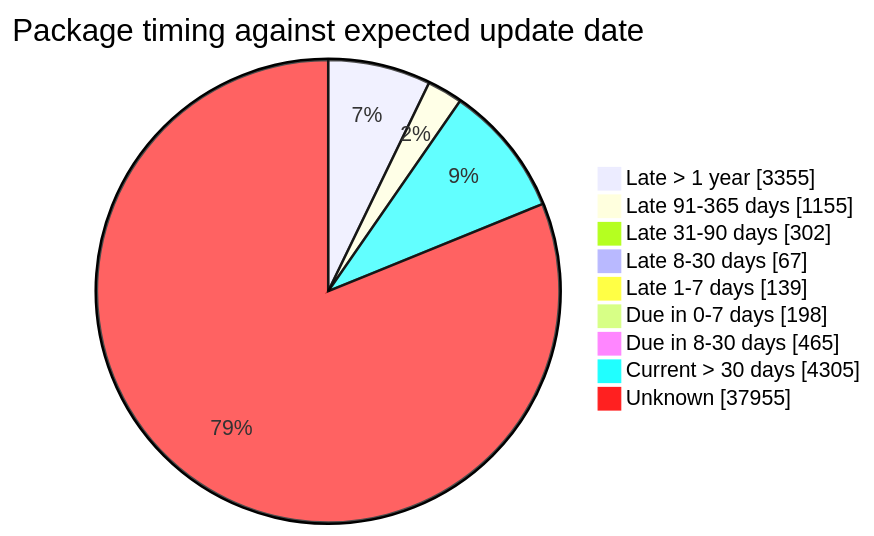
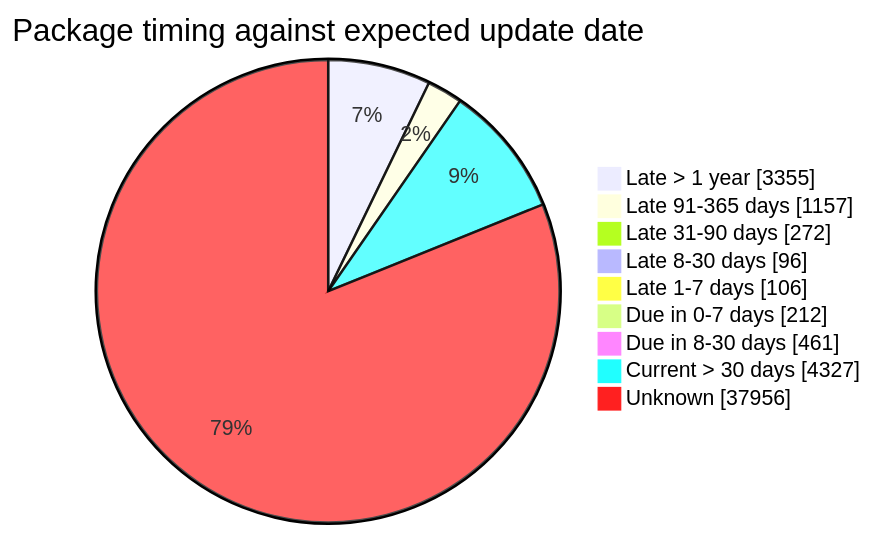
Before and after one commit to open-data/analytics-corporate-reporting: the fourth of 5 diagrams in FreshCheck/README.md, drawn with Mermaid. The commit also changed other lines of this file and 3 other files, not shown here.

````diff
--- a/FreshCheck/README.md
+++ b/FreshCheck/README.md
@@ -86,12 +86,12 @@
 ```mermaid
 pie showData title Package timing against expected update date
     "Late > 1 year": 3355
-    "Late 91-365 days": 1155
-    "Late 31-90 days": 302
-    "Late 8-30 days": 67
-    "Late 1-7 days": 139
-    "Due in 0-7 days": 198
-    "Due in 8-30 days": 465
-    "Current > 30 days": 4305
-    "Unknown": 37955
+    "Late 91-365 days": 1157
+    "Late 31-90 days": 272
+    "Late 8-30 days": 96
+    "Late 1-7 days": 106
+    "Due in 0-7 days": 212
+    "Due in 8-30 days": 461
+    "Current > 30 days": 4327
+    "Unknown": 37956
 ```
````
